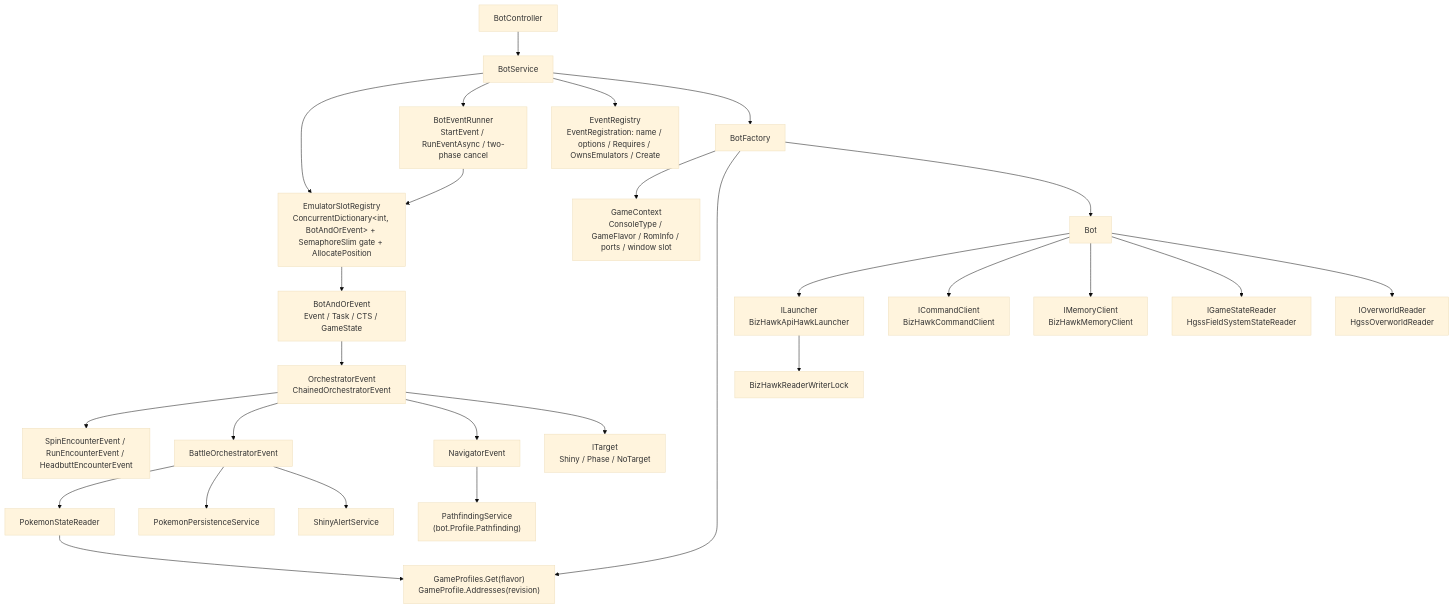
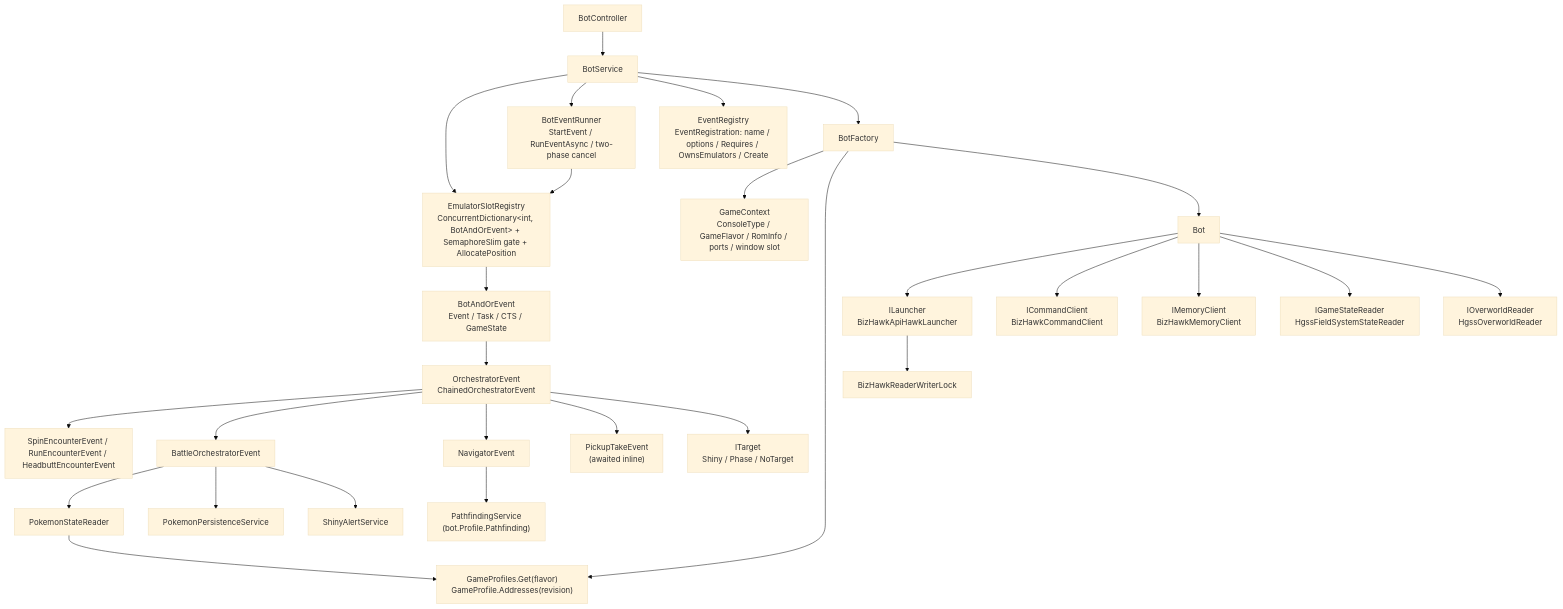
One commit to ppicinic/ShinyBotHunter changed the second of 2 diagrams in docs/architecture/system-overview.md. Above: the diagram before and after it, drawn with Mermaid (base theme). The commit also changed other lines of this file, not shown here.

Commit message:
Step 3: architecture section 7 and axis 2 for Pickup mode (#279)

````diff
--- a/docs/architecture/system-overview.md
+++ b/docs/architecture/system-overview.md
@@ -123,27 +123,28 @@
 ```mermaid
 flowchart TD
   BC[BotController] --> BS[BotService]
   BS --> REG["EmulatorSlotRegistry<br/>ConcurrentDictionary&lt;int, BotAndOrEvent&gt; + SemaphoreSlim gate + AllocatePosition"]
   BS --> RUN["BotEventRunner<br/>StartEvent / RunEventAsync / two-phase cancel"]
   RUN --> REG
   BS --> ER["EventRegistry<br/>EventRegistration: name / options / Requires / OwnsEmulators / Create"]
   BS --> BF[BotFactory]
   BF --> GC["GameContext<br/>ConsoleType / GameFlavor / RomInfo / ports / window slot"]
   BF --> GP["GameProfiles.Get(flavor)<br/>GameProfile.Addresses(revision)"]
   BF --> Bot
   Bot --> L["ILauncher<br/>BizHawkApiHawkLauncher"]
   Bot --> CC["ICommandClient<br/>BizHawkCommandClient"]
   Bot --> MC["IMemoryClient<br/>BizHawkMemoryClient"]
   Bot --> SR["IGameStateReader<br/>HgssFieldSystemStateReader"]
   Bot --> OR["IOverworldReader<br/>HgssOverworldReader"]
   L --> RWL[BizHawkReaderWriterLock]
   REG --> BAE["BotAndOrEvent<br/>Event / Task / CTS / GameState"]
   BAE --> OE["OrchestratorEvent<br/>ChainedOrchestratorEvent"]
   OE --> ENC["SpinEncounterEvent / RunEncounterEvent / HeadbuttEncounterEvent"]
   OE --> BOE[BattleOrchestratorEvent]
   OE --> NAV[NavigatorEvent] --> PF["PathfindingService<br/>(bot.Profile.Pathfinding)"]
+  OE --> PTE["PickupTakeEvent<br/>(awaited inline)"]
   BOE --> PSR[PokemonStateReader] --> GP
   BOE --> PP[PokemonPersistenceService]
   BOE --> SA[ShinyAlertService]
   OE --> T["ITarget<br/>Shiny / Phase / NoTarget"]
 ```
````
